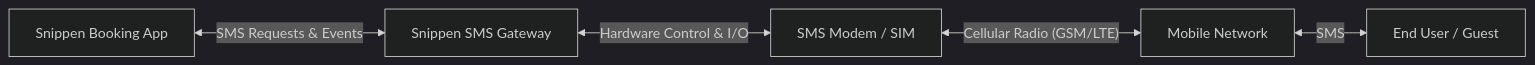
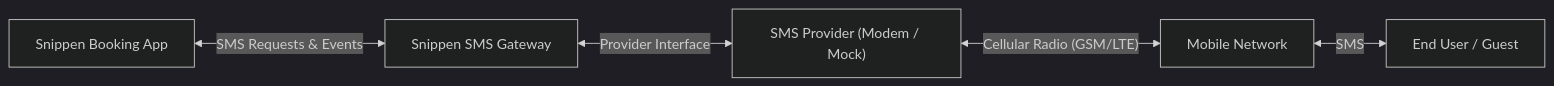
Before and after one commit to jonasfh/snippen-sms-service: the first of 5 diagrams in docs/architecture.md, drawn with Mermaid (dark theme). The commit also changed other lines of this file and 10 other files, not shown here.

First line of the commit message:
(#6) Introduce SMS provider abstraction

````diff
--- a/docs/architecture.md
+++ b/docs/architecture.md
@@ -9,7 +9,7 @@
 ```mermaid
 flowchart LR
     A["Snippen Booking App"] <-->|"SMS Requests & Events"| B["Snippen SMS Gateway"]
-    B <-->|"Hardware Control & I/O"| C["SMS Modem / SIM"]
+    B <-->|"Provider Interface"| C["SMS Provider (Modem / Mock)"]
     C <-->|"Cellular Radio (GSM/LTE)"| D["Mobile Network"]
     D <-->|"SMS"| E["End User / Guest"]
 ```
````
